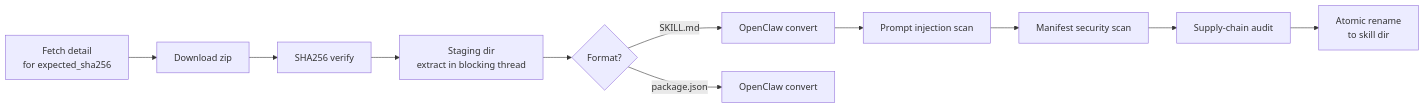
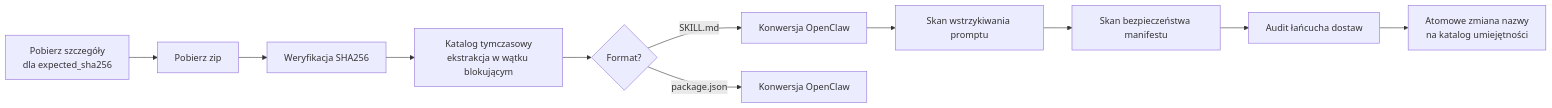
Before and after one commit to leszek3737/librefang-WIki: the second of 2 diagrams in crates-librefang-skills.md, drawn with Mermaid. The commit also changed other lines of this file and 104 other files, not shown here.

````diff
--- a/crates-librefang-skills.md
+++ b/crates-librefang-skills.md
@@ -91,13 +91,13 @@
 ```mermaid
 flowchart LR
-    A[Fetch detail<br/>for expected_sha256] --> B[Download zip]
-    B --> C[SHA256 verify]
-    C --> D[Staging dir<br/>extract in blocking thread]
+    A[Pobierz szczegóły<br/>dla expected_sha256] --> B[Pobierz zip]
+    B --> C[Weryfikacja SHA256]
+    C --> D[Katalog tymczasowy<br/>ekstrakcja w wątku blokującym]
     D --> E{Format?}
-    E -->|SKILL.md| F[OpenClaw convert]
-    E -->|package.json| G[OpenClaw convert]
-    F --> H[Prompt injection scan]
-    H --> I[Manifest security scan]
-    I --> J[Supply-chain audit]
-    J --> K[Atomic rename<br/>to skill dir]
+    E -->|SKILL.md| F[Konwersja OpenClaw]
+    E -->|package.json| G[Konwersja OpenClaw]
+    F --> H[Skan wstrzykiwania promptu]
+    H --> I[Skan bezpieczeństwa manifestu]
+    I --> J[Audit łańcucha dostaw]
+    J --> K[Atomowe zmiana nazwy<br/>na katalog umiejętności]
 ```
````
